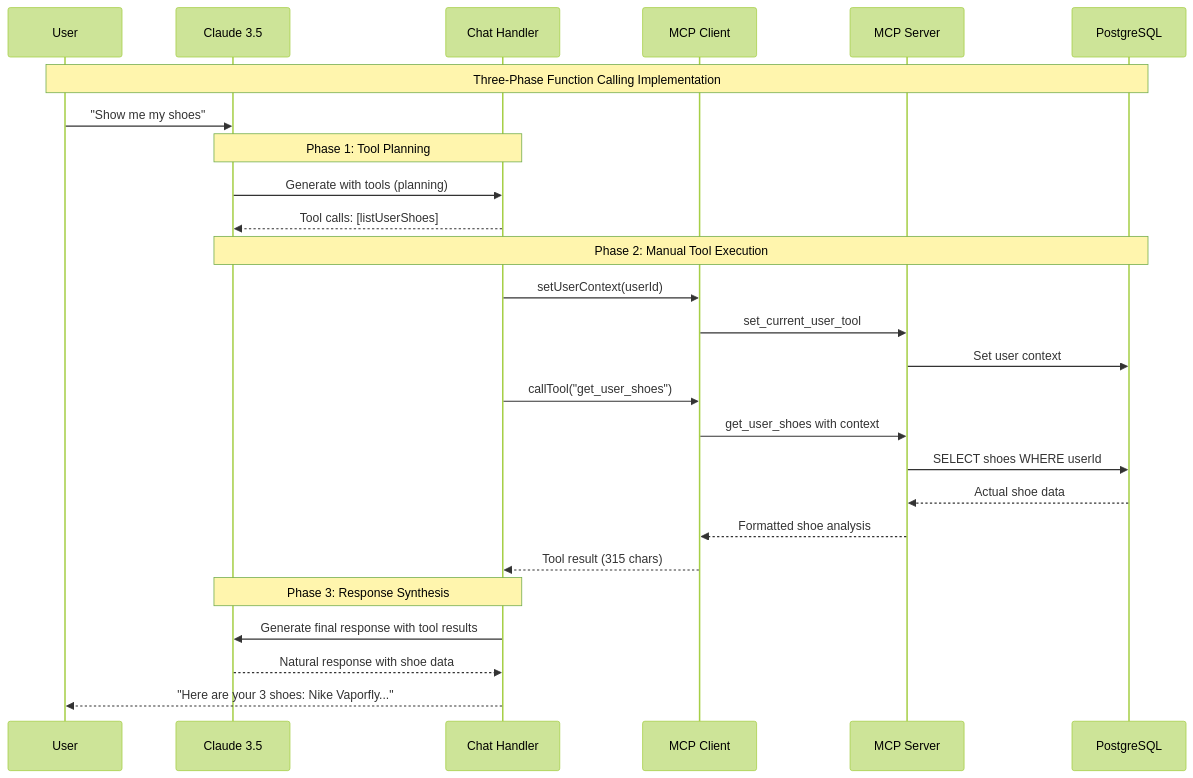
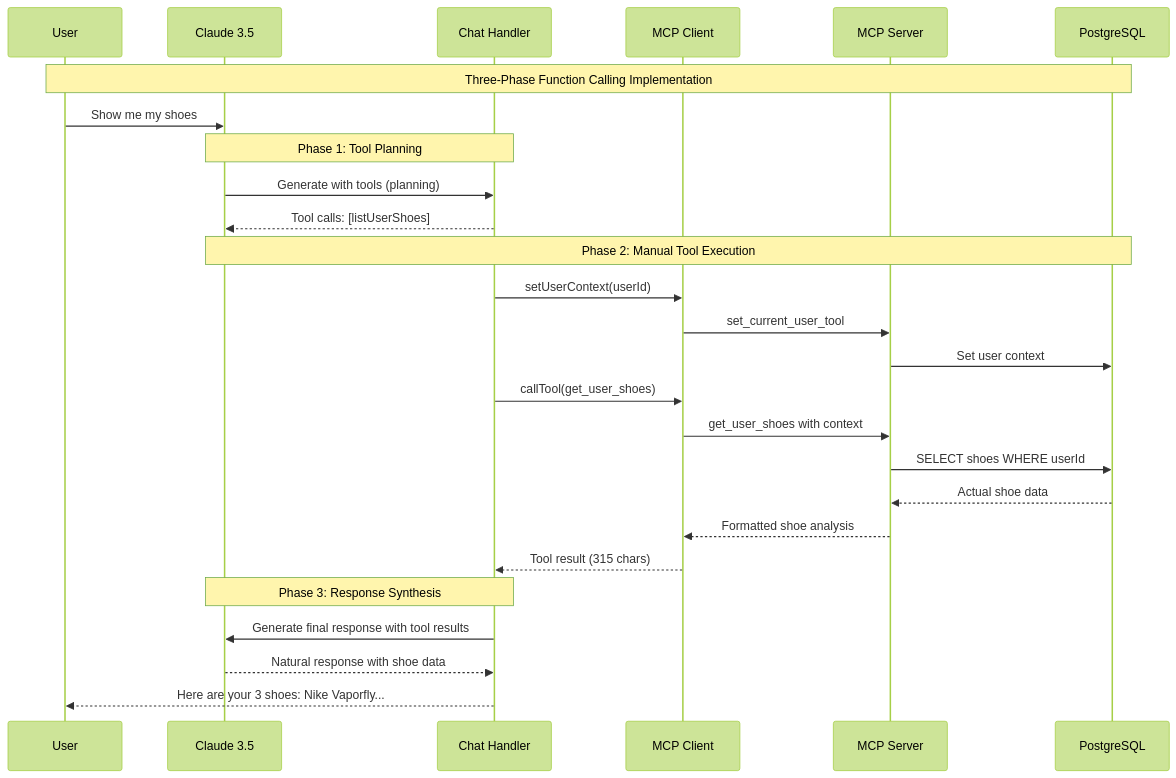
Before and after one commit to maratron-ai/maratron-monorepo: the third of 3 diagrams in docs/MCP_LLM_INTEGRATION.md, drawn with Mermaid (forest theme). The commit also changed other lines of this file and 2 other files, not shown here.

````diff
--- a/docs/MCP_LLM_INTEGRATION.md
+++ b/docs/MCP_LLM_INTEGRATION.md
@@ -120,34 +120,34 @@
 ```mermaid
 sequenceDiagram
     participant U as User
     participant C as Claude 3.5
     participant CH as Chat Handler
     participant MC as MCP Client
     participant MS as MCP Server
     participant DB as PostgreSQL
     
     Note over U,DB: Three-Phase Function Calling Implementation
     
-    U->>C: "Show me my shoes"
+    U->>C: Show me my shoes
     
     Note over C,CH: Phase 1: Tool Planning
     C->>CH: Generate with tools (planning)
     CH-->>C: Tool calls: [listUserShoes]
     
     Note over C,DB: Phase 2: Manual Tool Execution
     CH->>MC: setUserContext(userId)
     MC->>MS: set_current_user_tool
     MS->>DB: Set user context
     
-    CH->>MC: callTool("get_user_shoes")
+    CH->>MC: callTool(get_user_shoes)
     MC->>MS: get_user_shoes with context
     MS->>DB: SELECT shoes WHERE userId
     DB-->>MS: Actual shoe data
     MS-->>MC: Formatted shoe analysis
     MC-->>CH: Tool result (315 chars)
     
     Note over C,CH: Phase 3: Response Synthesis
     CH->>C: Generate final response with tool results
     C-->>CH: Natural response with shoe data
-    CH-->>U: "Here are your 3 shoes: Nike Vaporfly..."
+    CH-->>U: Here are your 3 shoes: Nike Vaporfly...
 ```
````
